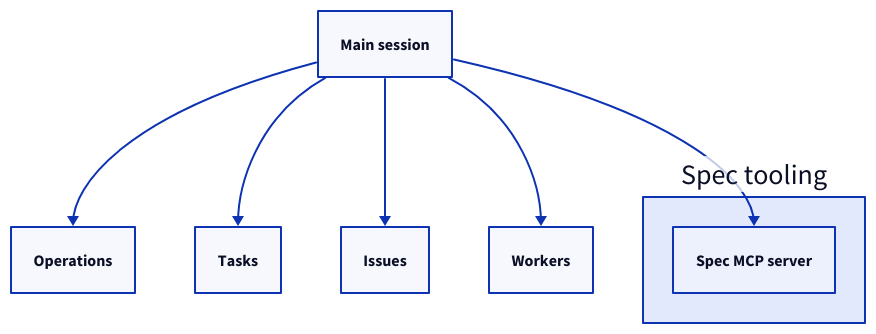
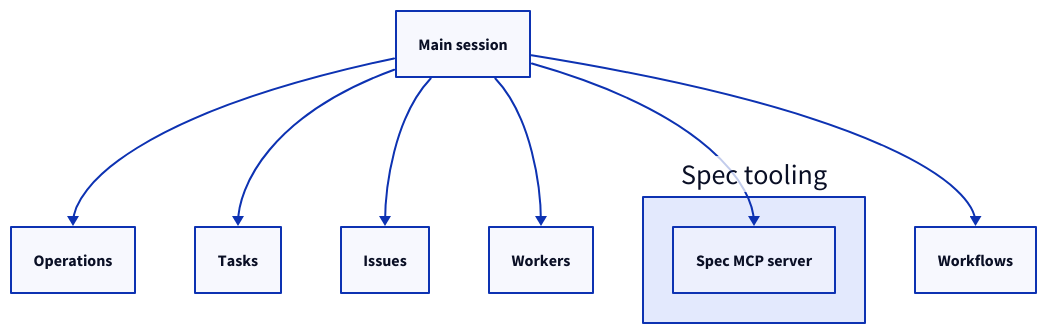
Before and after one commit to FTOD/concorde: the third of 3 diagrams in specs/concorde/main-session/module.md, drawn with D2. The commit also changed other lines of this file and 58 other files, not shown here.

````diff
--- a/specs/concorde/main-session/module.md
+++ b/specs/concorde/main-session/module.md
@@ -229,15 +243,17 @@
 ```d2
 mainsession: Main session
 operations: Operations
 tasks: Tasks
 issues: Issues
 workers: Workers
 mainsession -> workers
 tooling: Spec tooling {
   mcp: Spec MCP server
 }
+workflows: Workflows
 mainsession -> operations
 mainsession -> tasks
+mainsession -> workflows
 mainsession -> issues
 mainsession -> tooling.mcp
 ```
````
